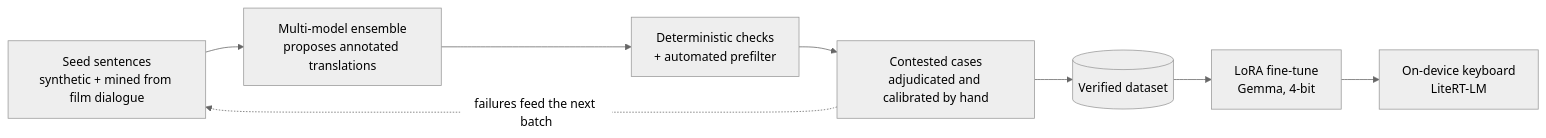
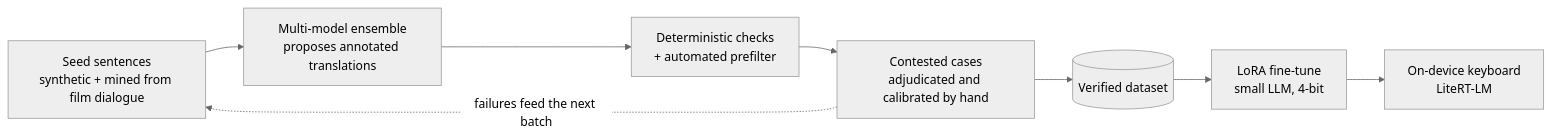
The diagram in README.md (AxeyShane/podtekst), drawn with Mermaid (neutral theme) before and after one commit. The commit also changed other lines of this file and 1 other file, not shown here.

First line of the commit message:
READMEs: 3,815 verified rows, emotional subtext at 5%, fine-tuning started

````diff
--- a/README.md
+++ b/README.md
@@ -80,10 +82,10 @@
 ```mermaid
 flowchart LR
     S[Seed sentences<br/>synthetic + mined from film dialogue] --> G[Multi-model ensemble<br/>proposes annotated translations]
     G --> C[Deterministic checks<br/>+ automated prefilter]
     C --> V[Contested cases<br/>adjudicated and calibrated by hand]
     V --> D[(Verified dataset)]
     V -. failures feed the next batch .-> S
-    D --> F[LoRA fine-tune<br/>Gemma, 4-bit]
+    D --> F[LoRA fine-tune<br/>small LLM, 4-bit]
     F --> K[On-device keyboard<br/>LiteRT-LM]
 ```
````
